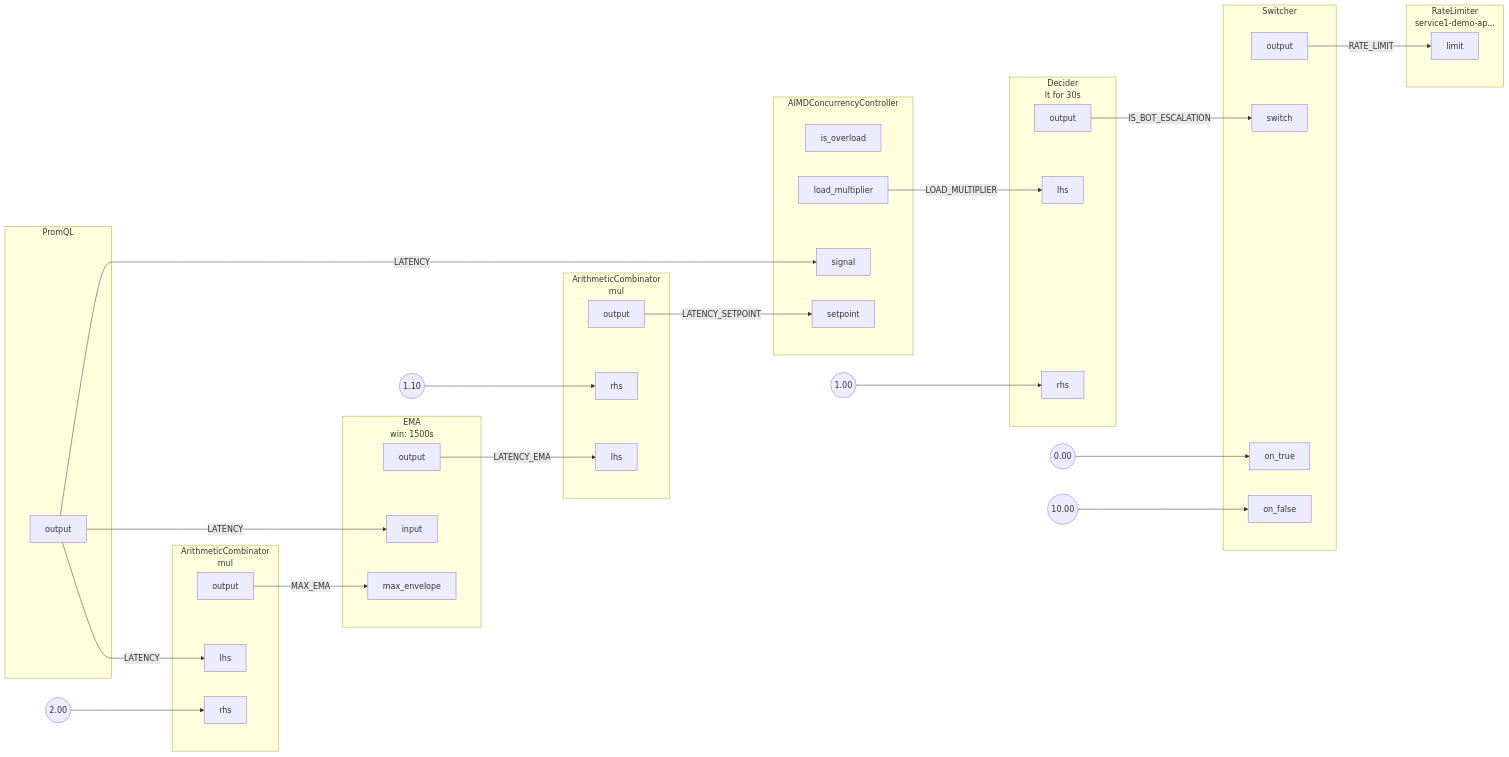
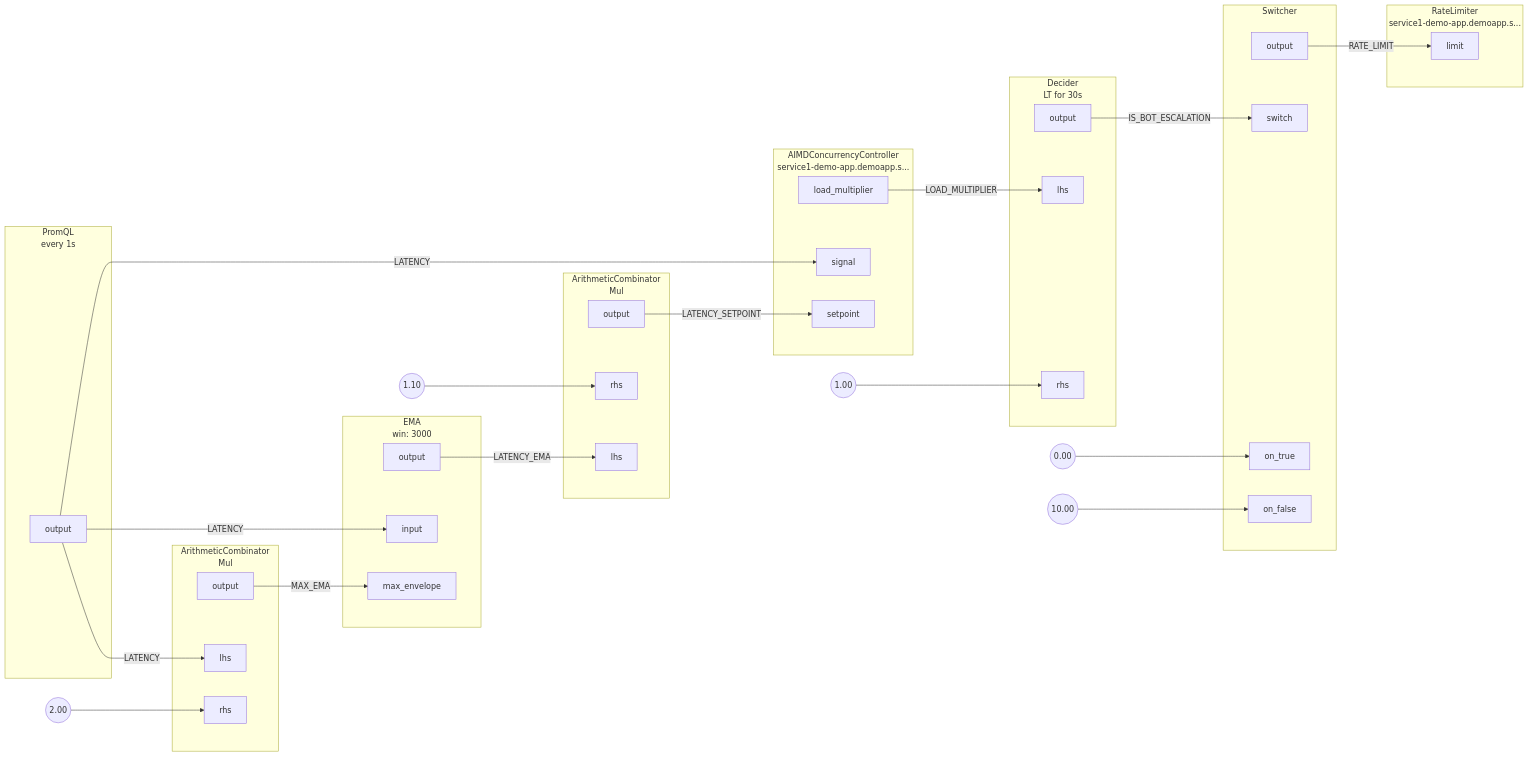
The diagram in docs/content/tutorials/integrations/flow-control/rate-limiting/assets/dynamic-rate-limiting/dynamic-rate-limiting.mmd (dataongunlaws/aperture), drawn with Mermaid before and after one commit. The commit also changed 60 other files, not shown here.

First line of the commit message:
mermaid: do not render unused ports (#1218)

```diff
--- a/docs/content/tutorials/integrations/flow-control/rate-limiting/assets/dynamic-rate-limiting/dynamic-rate-limiting.mmd
+++ b/docs/content/tutorials/integrations/flow-control/rate-limiting/assets/dynamic-rate-limiting/dynamic-rate-limiting.mmd
@@ -1,100 +1,99 @@
 flowchart LR
-subgraph root.0[PromQL]
+subgraph root.0[<center>PromQL<br/>every 1s</center>]
 subgraph root.0_outports[ ]
 style root.0_outports fill:none,stroke:none
 root.0output[output]
 end
 end
-subgraph root.1[<center>ArithmeticCombinator<br/>mul</center>]
+FakeConstant0((2.00))
+FakeConstant0 --> root.1rhs
+subgraph root.1[<center>ArithmeticCombinator<br/>Mul</center>]
 subgraph root.1_inports[ ]
 style root.1_inports fill:none,stroke:none
 root.1lhs[lhs]
 root.1rhs[rhs]
 end
 subgraph root.1_outports[ ]
 style root.1_outports fill:none,stroke:none
 root.1output[output]
 end
 end
-FakeConstant0((2.00))
-FakeConstant0 --> root.1rhs
-subgraph root.2[<center>ArithmeticCombinator<br/>mul</center>]
+FakeConstant1((1.10))
+FakeConstant1 --> root.2rhs
+subgraph root.2[<center>ArithmeticCombinator<br/>Mul</center>]
 subgraph root.2_inports[ ]
 style root.2_inports fill:none,stroke:none
 root.2lhs[lhs]
 root.2rhs[rhs]
 end
 subgraph root.2_outports[ ]
 style root.2_outports fill:none,stroke:none
 root.2output[output]
 end
 end
-FakeConstant1((1.10))
-FakeConstant1 --> root.2rhs
-subgraph root.3[<center>EMA<br/>win: 1500s</center>]
+subgraph root.3[<center>EMA<br/>win: 3000</center>]
 subgraph root.3_inports[ ]
 style root.3_inports fill:none,stroke:none
 root.3input[input]
 root.3max_envelope[max_envelope]
 end
 subgraph root.3_outports[ ]
 style root.3_outports fill:none,stroke:none
 root.3output[output]
 end
 end
-subgraph root.4[AIMDConcurrencyController]
+subgraph root.4[<center>AIMDConcurrencyController<br/>service1-demo-app.demoapp.s...</center>]
 subgraph root.4_inports[ ]
 style root.4_inports fill:none,stroke:none
+root.4signal[signal]
 root.4setpoint[setpoint]
-root.4signal[signal]
 end
 subgraph root.4_outports[ ]
 style root.4_outports fill:none,stroke:none
-root.4is_overload[is_overload]
 root.4load_multiplier[load_multiplier]
 end
 end
-subgraph root.5[<center>Decider<br/>lt for 30s</center>]
+FakeConstant2((1.00))
+FakeConstant2 --> root.5rhs
+subgraph root.5[<center>Decider<br/>LT for 30s</center>]
 subgraph root.5_inports[ ]
 style root.5_inports fill:none,stroke:none
 root.5lhs[lhs]
 root.5rhs[rhs]
 end
 subgraph root.5_outports[ ]
 style root.5_outports fill:none,stroke:none
 root.5output[output]
 end
 end
-FakeConstant2((1.00))
-FakeConstant2 --> root.5rhs
+FakeConstant3((0.00))
+FakeConstant3 --> root.6on_true
+FakeConstant4((10.00))
+FakeConstant4 --> root.6on_false
 subgraph root.6[Switcher]
 subgraph root.6_inports[ ]
 style root.6_inports fill:none,stroke:none
 root.6on_true[on_true]
 root.6on_false[on_false]
 root.6switch[switch]
 end
 subgraph root.6_outports[ ]
 style root.6_outports fill:none,stroke:none
 root.6output[output]
 end
 end
-FakeConstant3((0.00))
-FakeConstant3 --> root.6on_true
-FakeConstant4((10.00))
-FakeConstant4 --> root.6on_false
-subgraph root.7[<center>RateLimiter<br/>service1-demo-ap...</center>]
+subgraph root.7[<center>RateLimiter<br/>service1-demo-app.demoapp.s...</center>]
 subgraph root.7_inports[ ]
 style root.7_inports fill:none,stroke:none
 root.7limit[limit]
 end
 end
-root.4load_multiplier --> |LOAD_MULTIPLIER| root.5lhs
-root.5output --> |IS_BOT_ESCALATION| root.6switch
-root.6output --> |RATE_LIMIT| root.7limit
 root.0output --> |LATENCY| root.1lhs
 root.0output --> |LATENCY| root.3input
 root.0output --> |LATENCY| root.4signal
 root.1output --> |MAX_EMA| root.3max_envelope
 root.2output --> |LATENCY_SETPOINT| root.4setpoint
 root.3output --> |LATENCY_EMA| root.2lhs
+root.4load_multiplier --> |LOAD_MULTIPLIER| root.5lhs
+root.5output --> |IS_BOT_ESCALATION| root.6switch
+root.6output --> |RATE_LIMIT| root.7limit
```
